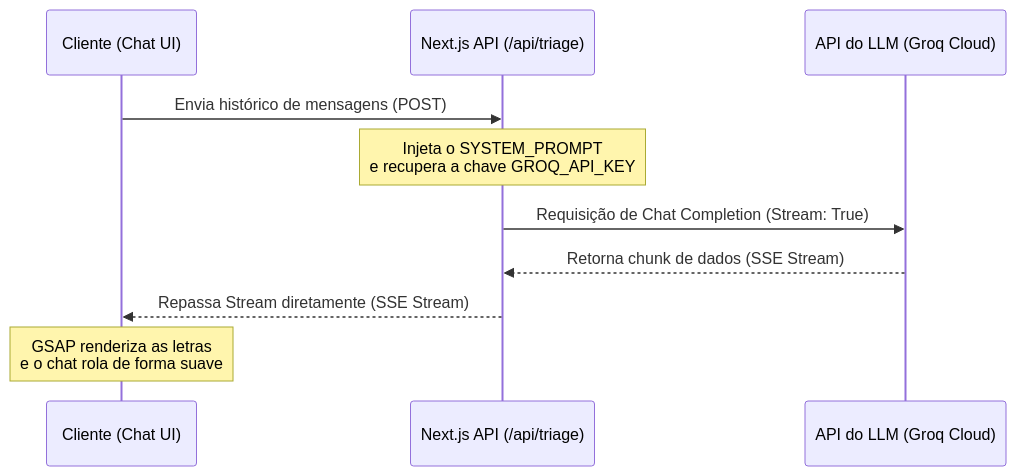
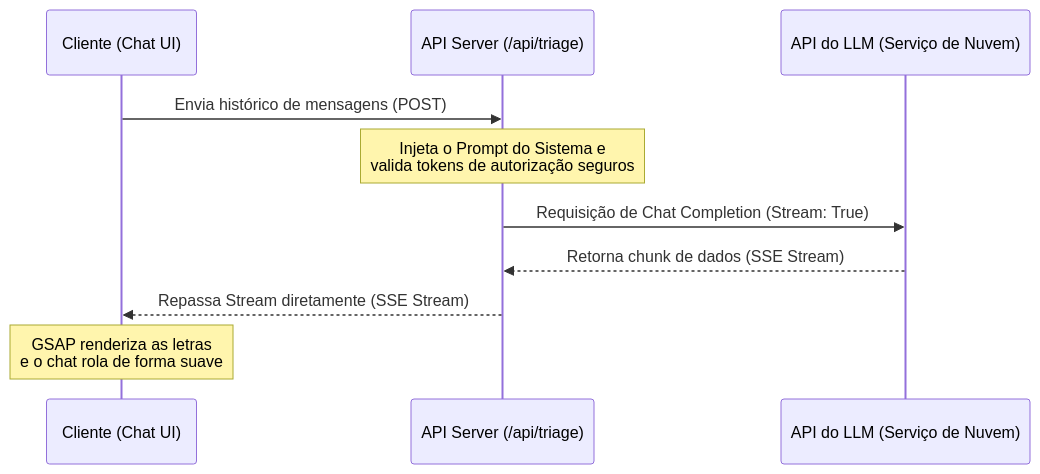
Before and after one commit to StillHue/neuroplus: the second of 7 diagrams in ARCHITECTURE.md, drawn with Mermaid. The commit also changed other lines of this file, not shown here.

Commit message:
docs(web): improve architecture diagrams readability and abstract sensitive references

````diff
--- a/ARCHITECTURE.md
+++ b/ARCHITECTURE.md
@@ -58,13 +68,13 @@
 ```mermaid
 sequenceDiagram
   participant Client as Cliente (Chat UI)
-  participant API as Next.js API (/api/triage)
-  participant LLM as API do LLM (Groq Cloud)
+  participant API as API Server (/api/triage)
+  participant LLM as API do LLM (Serviço de Nuvem)
 
   Client->>API: Envia histórico de mensagens (POST)
-  Note over API: Injeta o SYSTEM_PROMPT<br/>e recupera a chave GROQ_API_KEY
+  Note over API: Injeta o Prompt do Sistema e<br/>valida tokens de autorização seguros
   API->>LLM: Requisição de Chat Completion (Stream: True)
   LLM-->>API: Retorna chunk de dados (SSE Stream)
   API-->>Client: Repassa Stream diretamente (SSE Stream)
   Note over Client: GSAP renderiza as letras<br/>e o chat rola de forma suave
 ```
````
